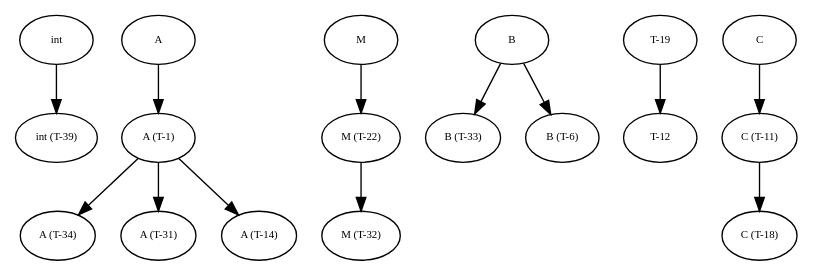
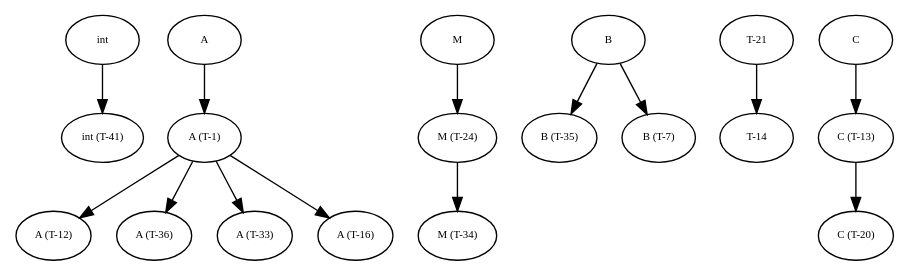
One commit to amso100/livescript-declarations changed the diagram in graphs/debug_tree0.dot. Above: the diagram before and after it, drawn with Graphviz. The commit also changed 4 other files, not shown here.

```diff
--- a/graphs/debug_tree0.dot
+++ b/graphs/debug_tree0.dot
@@ -1,139 +1,148 @@
 digraph RGL__DirectedAdjacencyGraph {
     int [
         fontsize = 8,
         label = int
     ]
 
-    "int (T-39)" [
+    "int (T-41)" [
         fontsize = 8,
-        label = "int (T-39)"
+        label = "int (T-41)"
     ]
 
     "A (T-1)" [
         fontsize = 8,
         label = "A (T-1)"
     ]
 
-    "A (T-34)" [
+    "A (T-12)" [
         fontsize = 8,
-        label = "A (T-34)"
+        label = "A (T-12)"
     ]
 
-    "A (T-31)" [
+    "A (T-36)" [
         fontsize = 8,
-        label = "A (T-31)"
+        label = "A (T-36)"
     ]
 
-    "A (T-14)" [
+    "A (T-33)" [
         fontsize = 8,
-        label = "A (T-14)"
+        label = "A (T-33)"
     ]
 
-    "M (T-22)" [
+    "A (T-16)" [
         fontsize = 8,
-        label = "M (T-22)"
+        label = "A (T-16)"
     ]
 
-    "M (T-32)" [
+    "M (T-24)" [
         fontsize = 8,
-        label = "M (T-32)"
+        label = "M (T-24)"
+    ]
+
+    "M (T-34)" [
+        fontsize = 8,
+        label = "M (T-34)"
     ]
 
     B [
         fontsize = 8,
         label = B
     ]
 
-    "B (T-33)" [
+    "B (T-35)" [
         fontsize = 8,
-        label = "B (T-33)"
+        label = "B (T-35)"
     ]
 
-    "B (T-6)" [
+    "B (T-7)" [
         fontsize = 8,
-        label = "B (T-6)"
+        label = "B (T-7)"
     ]
 
     M [
         fontsize = 8,
         label = M
     ]
 
-    "T-19" [
+    "T-21" [
         fontsize = 8,
-        label = "T-19"
+        label = "T-21"
     ]
 
-    "T-12" [
+    "T-14" [
         fontsize = 8,
-        label = "T-12"
+        label = "T-14"
     ]
 
-    "C (T-11)" [
+    "C (T-13)" [
         fontsize = 8,
-        label = "C (T-11)"
+        label = "C (T-13)"
     ]
 
-    "C (T-18)" [
+    "C (T-20)" [
         fontsize = 8,
-        label = "C (T-18)"
+        label = "C (T-20)"
     ]
 
     C [
         fontsize = 8,
         label = C
     ]
 
     A [
         fontsize = 8,
         label = A
     ]
 
-    int -> "int (T-39)" [
+    int -> "int (T-41)" [
         fontsize = 8
     ]
 
-    "A (T-1)" -> "A (T-34)" [
+    "A (T-1)" -> "A (T-12)" [
         fontsize = 8
     ]
 
-    "A (T-1)" -> "A (T-31)" [
+    "A (T-1)" -> "A (T-36)" [
         fontsize = 8
     ]
 
-    "A (T-1)" -> "A (T-14)" [
+    "A (T-1)" -> "A (T-33)" [
         fontsize = 8
     ]
 
-    "M (T-22)" -> "M (T-32)" [
+    "A (T-1)" -> "A (T-16)" [
         fontsize = 8
     ]
 
-    B -> "B (T-33)" [
+    "M (T-24)" -> "M (T-34)" [
         fontsize = 8
     ]
 
-    B -> "B (T-6)" [
+    B -> "B (T-35)" [
         fontsize = 8
     ]
 
-    M -> "M (T-22)" [
+    B -> "B (T-7)" [
         fontsize = 8
     ]
 
-    "T-19" -> "T-12" [
+    M -> "M (T-24)" [
         fontsize = 8
     ]
 
-    "C (T-11)" -> "C (T-18)" [
+    "T-21" -> "T-14" [
         fontsize = 8
     ]
 
-    C -> "C (T-11)" [
+    "C (T-13)" -> "C (T-20)" [
+        fontsize = 8
+    ]
+
+    C -> "C (T-13)" [
         fontsize = 8
     ]
 
     A -> "A (T-1)" [
         fontsize = 8
     ]
 }
```
